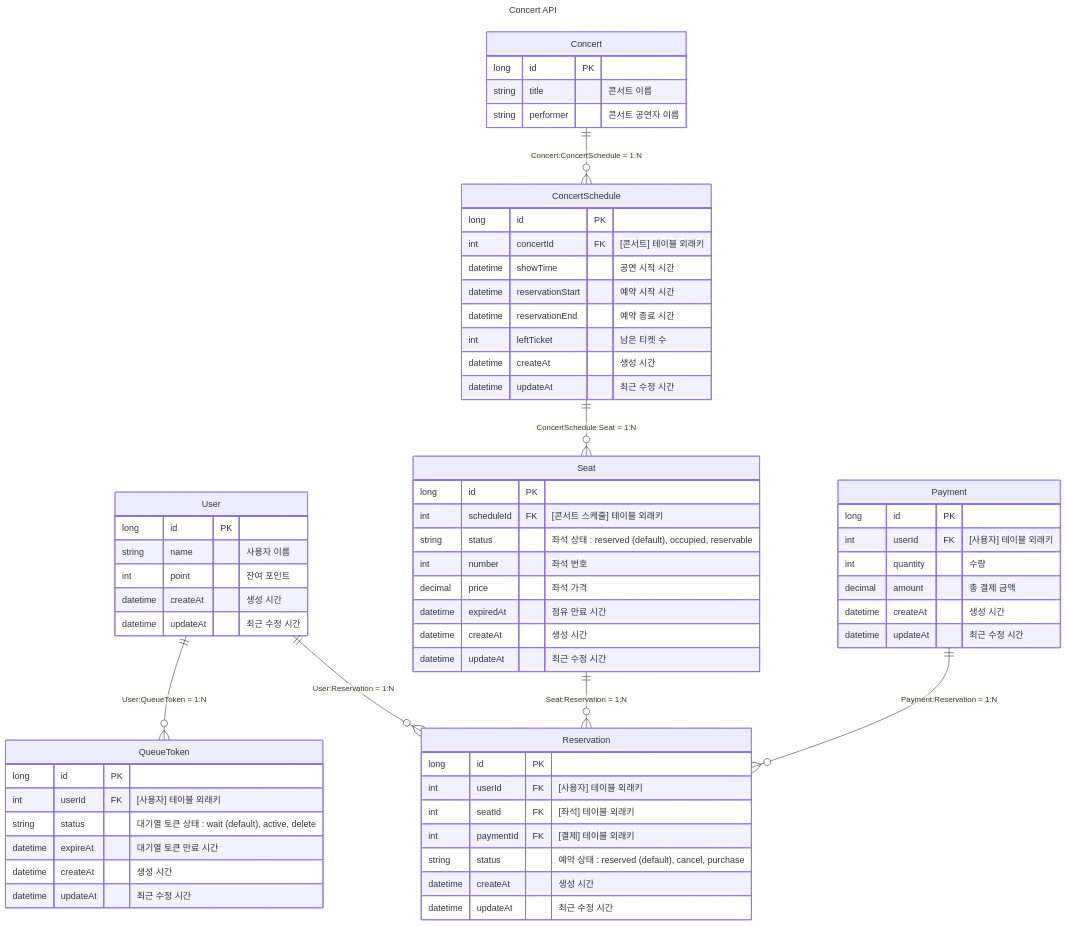
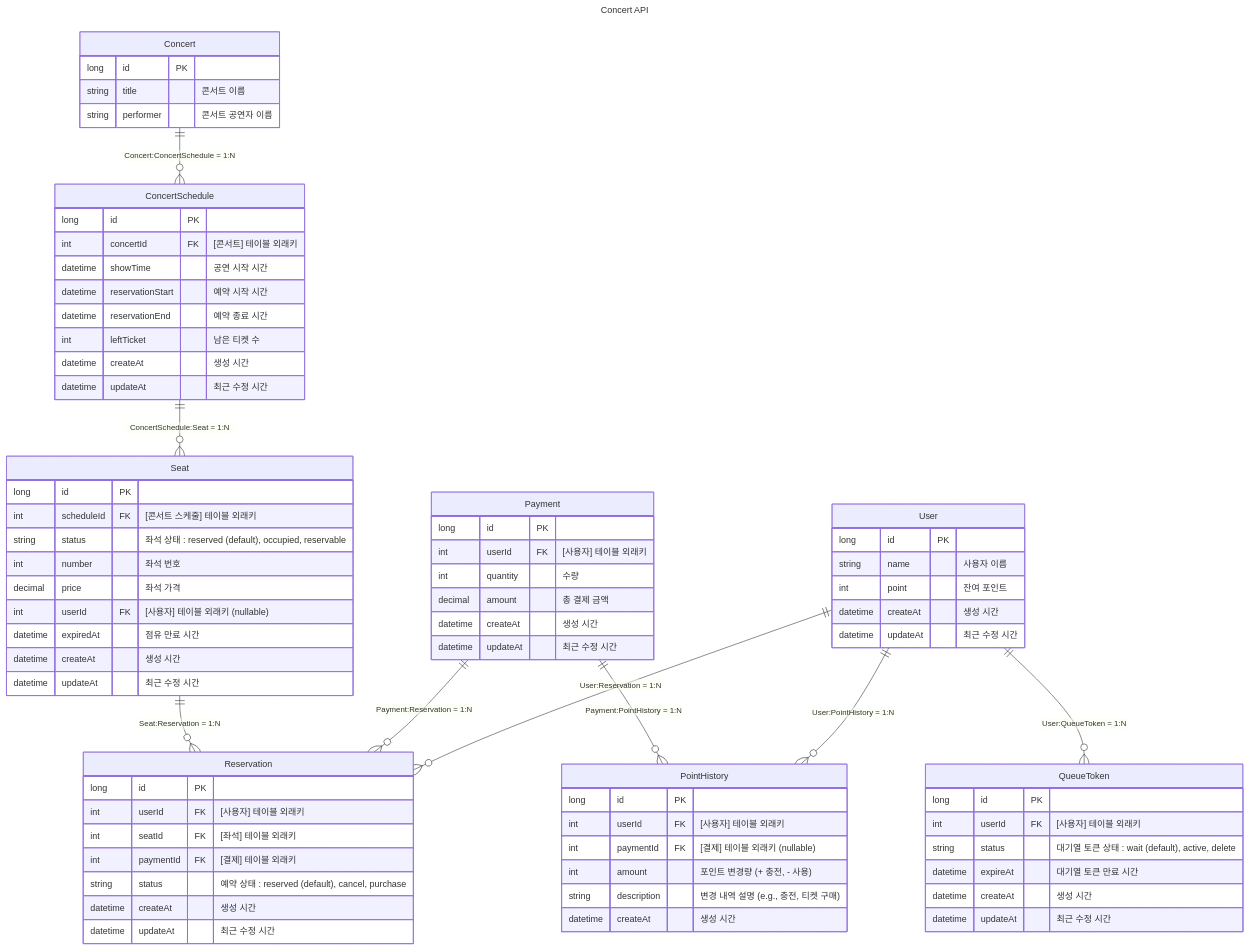
Before and after one commit to GustavEiffels/hhplus_server_build: the diagram in docs/erd/ERDiagram.md, drawn with Mermaid.

Commit message:
[fix] erd 수정

````diff
--- a/docs/erd/ERDiagram.md
+++ b/docs/erd/ERDiagram.md
@@ -3,23 +3,20 @@
 title: Concert API
 ---
 erDiagram
-    User {
-        long id PK           
-        string name         "사용자 이름"
-        int point           "잔여 포인트"
-        datetime createAt   "생성 시간"
-        datetime updateAt   "최근 수정 시간"
-    }
+
+
     Seat {
         long id PK
         int scheduleId    FK    "[콘서트 스케줄] 테이블 외래키" 
         string status           "좌석 상태 : reserved (default), occupied, reservable"
         int number              "좌석 번호"
         decimal price           "좌석 가격"
+        int userId FK           "[사용자] 테이블 외래키 (nullable)" 
         datetime expiredAt      "점유 만료 시간"
         datetime createAt       "생성 시간"
         datetime updateAt       "최근 수정 시간"
     }
+
     Reservation {
         long id PK               
         int userId FK           "[사용자] 테이블 외래키"           
@@ -29,6 +26,7 @@
         datetime createAt       "생성 시간"
         datetime updateAt       "최근 수정 시간"
     }
+
     QueueToken {
         long id PK               
         int userId FK       "[사용자] 테이블 외래키" 
@@ -37,6 +35,7 @@
         datetime createAt   "생성 시간"
         datetime updateAt   "최근 수정 시간"
     }
+
     Payment {
         long id PK
         int userId FK       "[사용자] 테이블 외래키"
@@ -44,6 +43,15 @@
         decimal amount      "총 결제 금액"
         datetime createAt   "생성 시간"
         datetime updateAt   "최근 수정 시간"
+    }
+
+    PointHistory {
+        long id PK
+        int userId FK       "[사용자] 테이블 외래키"
+        int paymentId FK    "[결제] 테이블 외래키 (nullable)"
+        int amount          "포인트 변경량 (+ 충전, - 사용)"
+        string description  "변경 내역 설명 (e.g., 충전, 티켓 구매)"
+        datetime createAt   "생성 시간"
     }
 
     Concert {
@@ -62,11 +70,21 @@
         datetime createAt           "생성 시간"
         datetime updateAt           "최근 수정 시간"
     }
+        User {
+        long id PK           
+        string name         "사용자 이름"
+        int point           "잔여 포인트"
+        datetime createAt   "생성 시간"
+        datetime updateAt   "최근 수정 시간"
+    }
 
-    User ||--o{ Reservation : "User:Reservation = 1:N"
-    User ||--o{ QueueToken  : "User:QueueToken = 1:N"
     Seat ||--o{ Reservation : "Seat:Reservation = 1:N"
     Payment ||--o{ Reservation : "Payment:Reservation = 1:N"
+    Payment ||--o{ PointHistory : "Payment:PointHistory = 1:N"
     Concert ||--o{ ConcertSchedule : "Concert:ConcertSchedule = 1:N"
     ConcertSchedule ||--o{ Seat : "ConcertSchedule:Seat = 1:N"
+    User ||--o{ Reservation : "User:Reservation = 1:N"
+    User ||--o{ PointHistory : "User:PointHistory = 1:N"
+    User ||--o{ QueueToken  : "User:QueueToken = 1:N"
+
 ```
````
